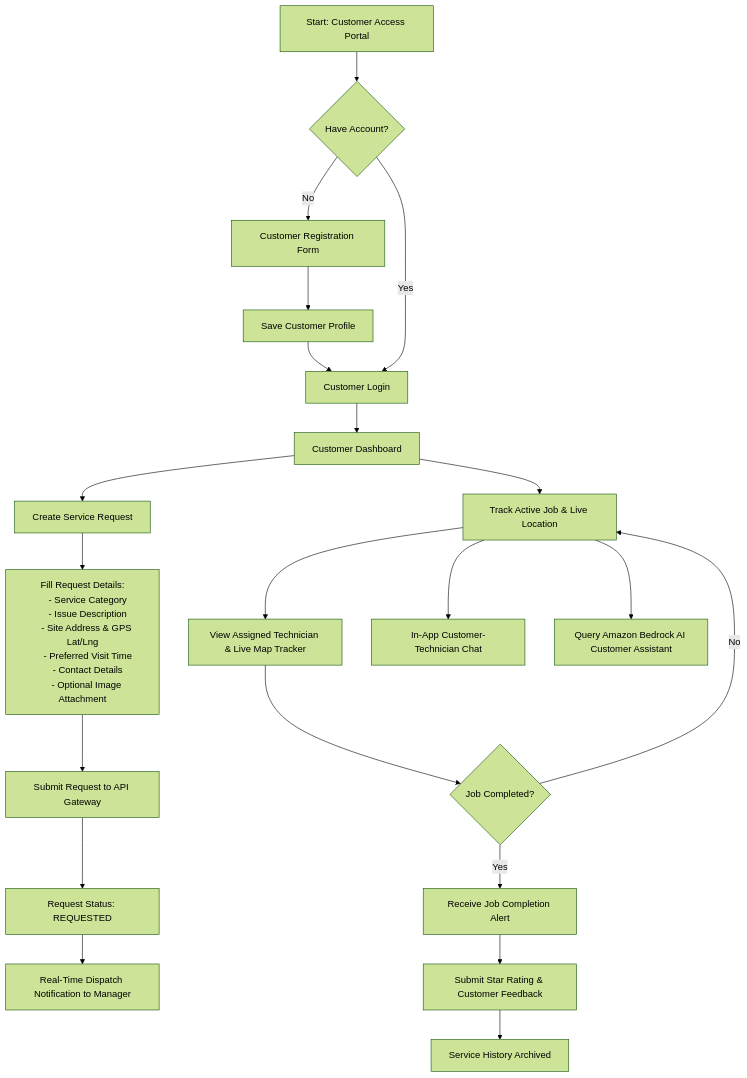
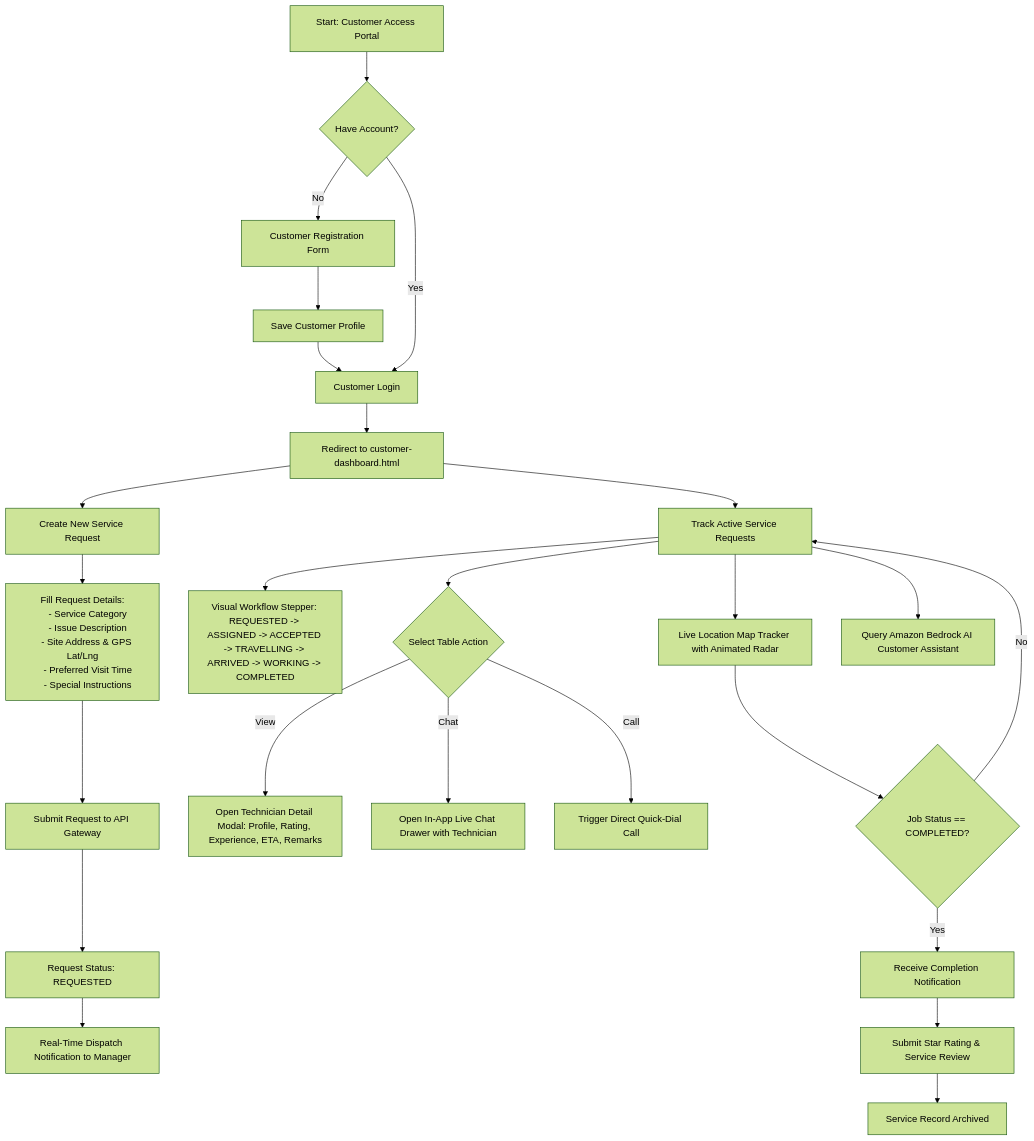
The first of 4 diagrams in FLOWCHARTS.md (KAVATIJOHNSHREYAN/AWS_HACKATHON_TEAM_PROJECT), drawn with Mermaid (forest theme) before and after one commit. The commit also changed other lines of this file and 1 other file, not shown here.

Commit message:
Update README and FLOWCHARTS documentation for multi-page RBAC, Customer actions, and SW v3

````diff
--- a/FLOWCHARTS.md
+++ b/FLOWCHARTS.md
@@ -9,34 +9,39 @@
 ```mermaid
 flowchart TD
     A[Start: Customer Access Portal] --> B{Have Account?}
     B -- No --> C[Customer Registration Form]
     C --> D[Save Customer Profile]
     D --> E[Customer Login]
     B -- Yes --> E
     
-    E --> F[Customer Dashboard]
-    F --> G[Create Service Request]
+    E --> F[Redirect to customer-dashboard.html]
+    F --> G[Create New Service Request]
     
     G --> H[Fill Request Details:
     - Service Category
     - Issue Description
     - Site Address & GPS Lat/Lng
     - Preferred Visit Time
-    - Contact Details
-    - Optional Image Attachment]
+    - Special Instructions]
     
     H --> I[Submit Request to API Gateway]
     I --> J[Request Status: REQUESTED]
     J --> K[Real-Time Dispatch Notification to Manager]
     
-    F --> L[Track Active Job & Live Location]
-    L --> M[View Assigned Technician & Live Map Tracker]
-    L --> N[In-App Customer-Technician Chat]
-    L --> O[Query Amazon Bedrock AI Customer Assistant]
+    F --> L[Track Active Service Requests]
+    L --> M[Visual Workflow Stepper: REQUESTED -> ASSIGNED -> ACCEPTED -> TRAVELLING -> ARRIVED -> WORKING -> COMPLETED]
     
-    M --> P{Job Completed?}
-    P -- No --> L
-    P -- Yes --> Q[Receive Job Completion Alert]
-    Q --> R[Submit Star Rating & Customer Feedback]
-    R --> S[Service History Archived]
+    L --> N{Select Table Action}
+    N -- View --> O[Open Technician Detail Modal: Profile, Rating, Experience, ETA, Remarks]
+    N -- Chat --> P[Open In-App Live Chat Drawer with Technician]
+    N -- Call --> Q[Trigger Direct Quick-Dial Call]
+    
+    L --> R[Live Location Map Tracker with Animated Radar]
+    L --> S[Query Amazon Bedrock AI Customer Assistant]
+    
+    R --> T{Job Status == COMPLETED?}
+    T -- No --> L
+    T -- Yes --> U[Receive Completion Notification]
+    U --> V[Submit Star Rating & Service Review]
+    V --> W[Service Record Archived]
 ```
````
